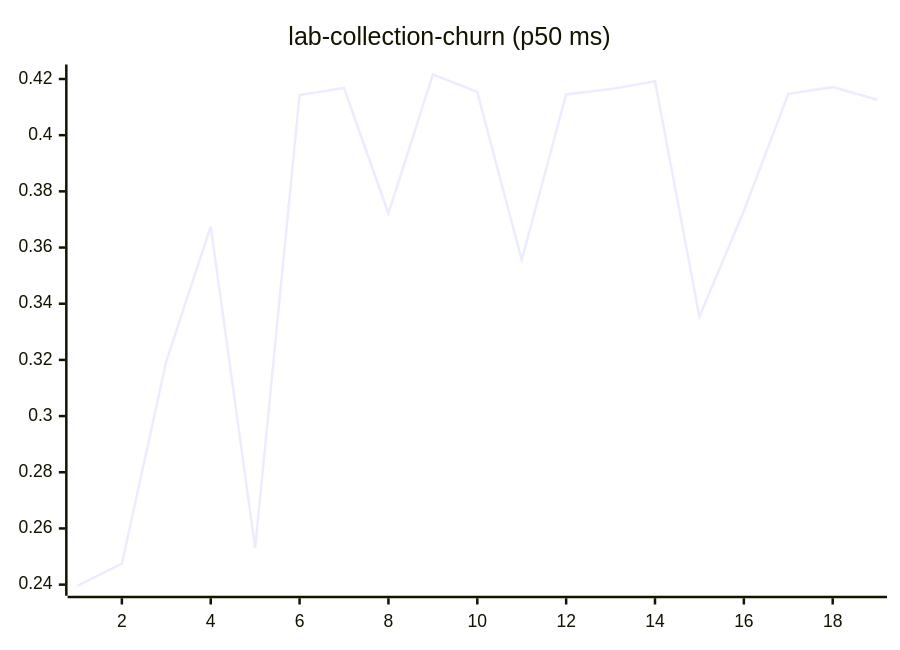
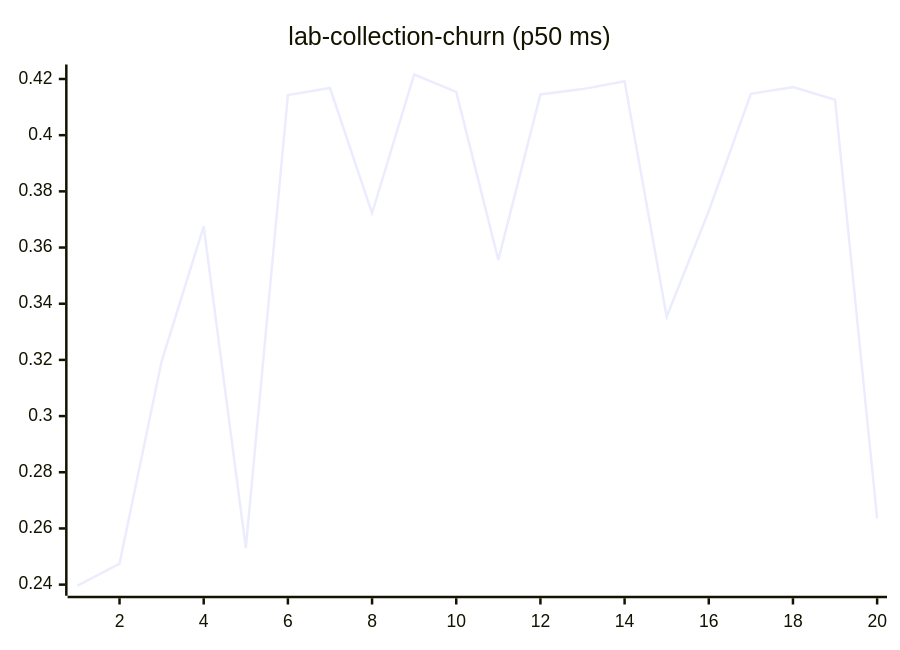
Diagram 11 of 27 in README.md (josha/Facet), drawn with Mermaid before and after one commit. The commit also changed other lines of this file and 2 other files, not shown here.

````diff
--- a/README.md
+++ b/README.md
@@ -133,6 +133,6 @@
 ```mermaid
 xychart-beta
     title "lab-collection-churn (p50 ms)"
-    x-axis 1 --> 19
-    line [0.2396, 0.2475, 0.3195, 0.3675, 0.2530, 0.4143, 0.4168, 0.3722, 0.4216, 0.4154, 0.3556, 0.4145, 0.4164, 0.4192, 0.3354, 0.3730, 0.4147, 0.4171, 0.4126]
+    x-axis 1 --> 20
+    line [0.2396, 0.2475, 0.3195, 0.3675, 0.2530, 0.4143, 0.4168, 0.3722, 0.4216, 0.4154, 0.3556, 0.4145, 0.4164, 0.4192, 0.3354, 0.3730, 0.4147, 0.4171, 0.4126, 0.2636]
 ```
````
